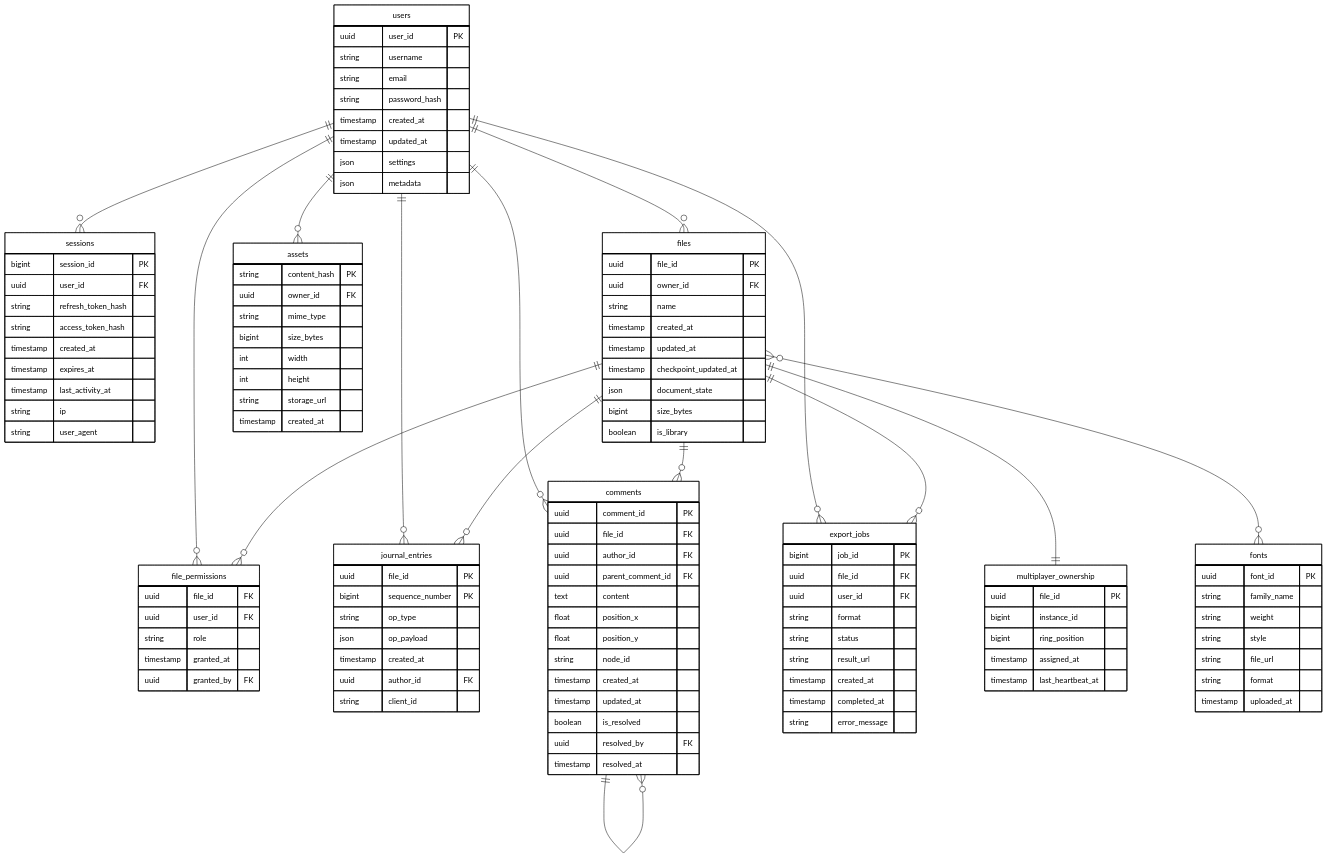
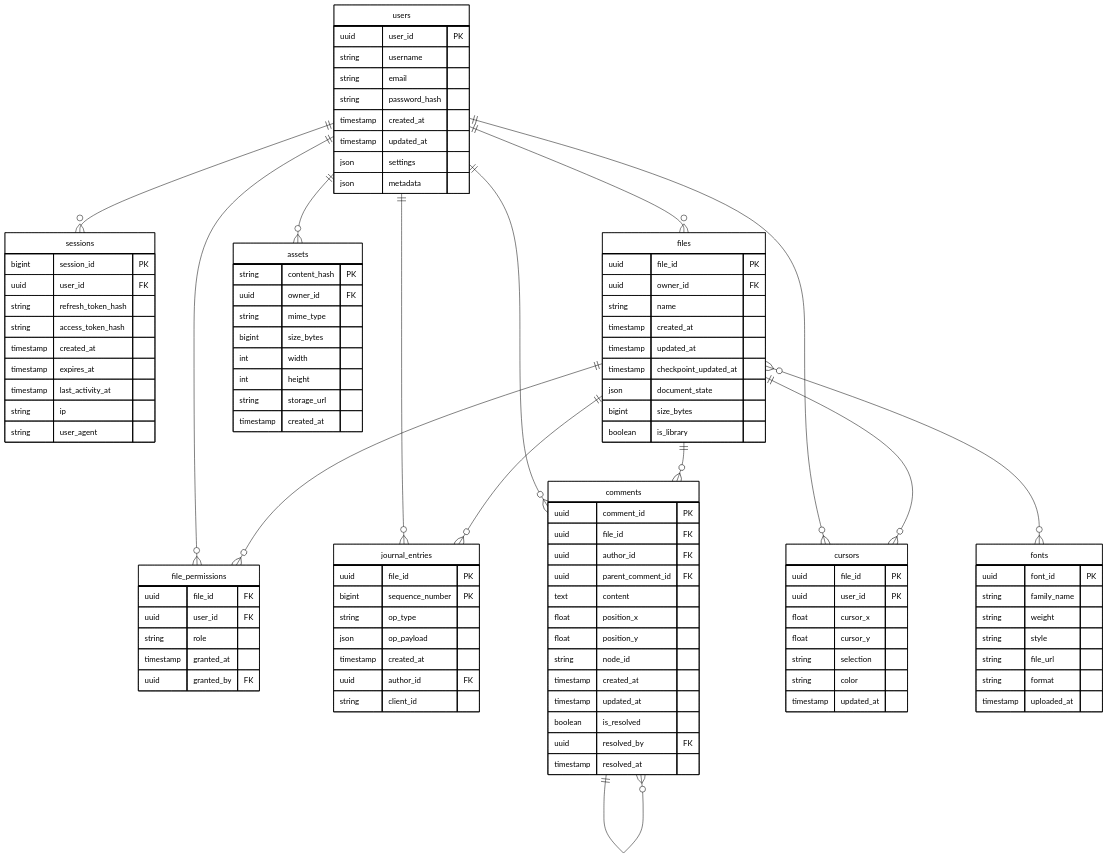
One commit to Mr-None-rM/VK-Education-Highload changed the first of 3 diagrams in README.md. Above: the diagram before and after it, drawn with Mermaid. The commit also changed other lines of this file, not shown here.

````diff
--- a/README.md
+++ b/README.md
@@ -379,14 +383,13 @@
     users ||--o{ journal_entries : ""
     users ||--o{ comments : ""
     users ||--o{ assets : ""
-    users ||--o{ export_jobs : ""
+    users ||--o{ cursors : ""
 
     files ||--o{ file_permissions : ""
     files ||--o{ journal_entries : ""
     files ||--o{ comments : ""
-    files ||--o{ export_jobs : ""
-    files ||--|| multiplayer_ownership : ""
     files }o--o{ fonts : ""
+    files ||--o{ cursors : ""
 
     comments ||--o{ comments : ""
 
@@ -480,23 +483,13 @@
         timestamp resolved_at
     }
 
-    multiplayer_ownership {
+    cursors {
         uuid file_id PK
-        bigint instance_id
-        bigint ring_position
-        timestamp assigned_at
-        timestamp last_heartbeat_at
-    }
-
-    export_jobs {
-        bigint job_id PK
-        uuid file_id FK
-        uuid user_id FK
-        string format
-        string status
-        string result_url
-        timestamp created_at
-        timestamp completed_at
-        string error_message
+        uuid user_id PK
+        float cursor_x
+        float cursor_y
+        string selection
+        string color
+        timestamp updated_at
     }
 ```
````
